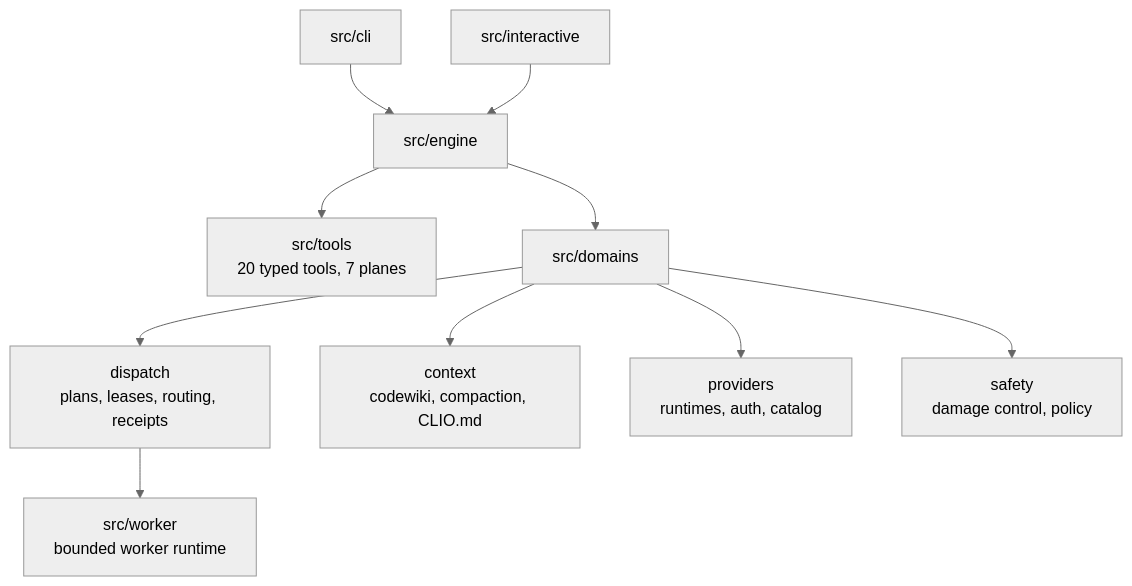
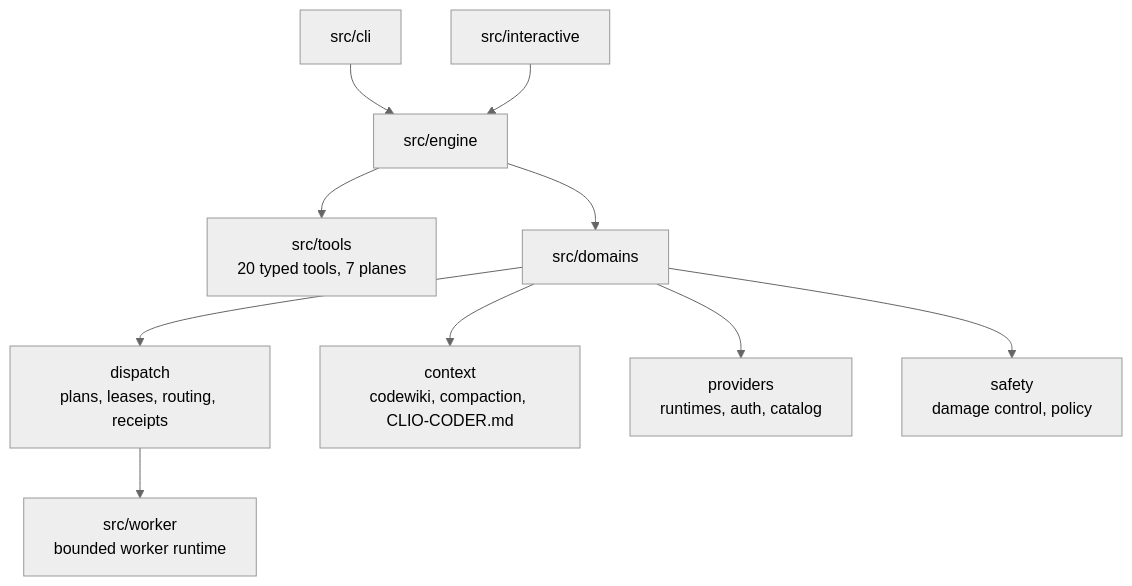
The second of 2 diagrams in README.md (iowarp/clio-coder), drawn with Mermaid (neutral theme) before and after one commit. The commit also changed other lines of this file and 502 other files, not shown here.

First line of the commit message:
refactor(rebrand): every user-machine namespace becomes clio-coder

````diff
--- a/README.md
+++ b/README.md
@@ -606,12 +605,12 @@
 ```mermaid
 flowchart TB
   CLI["src/cli"] --> ENG["src/engine"]
   TUI["src/interactive"] --> ENG
   ENG --> TOOLS["src/tools<br/>20 typed tools, 7 planes"]
   ENG --> DOM["src/domains"]
   DOM --> DISP["dispatch<br/>plans, leases, routing, receipts"]
-  DOM --> CTX["context<br/>codewiki, compaction, CLIO.md"]
+  DOM --> CTX["context<br/>codewiki, compaction, CLIO-CODER.md"]
   DOM --> PROV["providers<br/>runtimes, auth, catalog"]
   DOM --> SAFE["safety<br/>damage control, policy"]
   DISP --> WORK["src/worker<br/>bounded worker runtime"]
 ```
````
